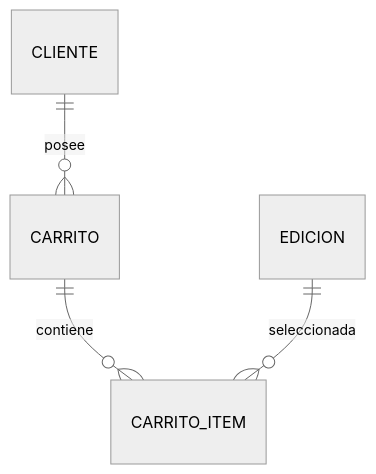
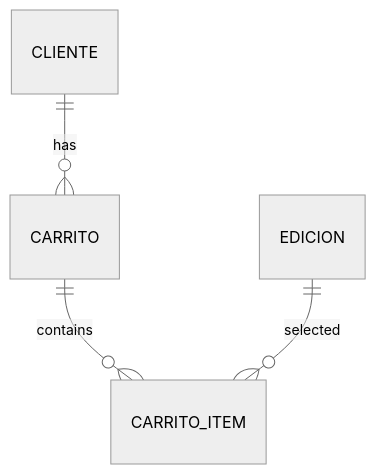
The fifth of 6 diagrams in logical-erd-v1.0.md (andres18113/pliego-muejeje), drawn with Mermaid (neutral theme) before and after one commit. The commit also changed other lines of this file and 6 other files, not shown here.

````diff
--- a/logical-erd-v1.0.md
+++ b/logical-erd-v1.0.md
@@ -1912,6 +1912,6 @@
 ```mermaid
 erDiagram
-    CLIENTE ||--o{ CARRITO : posee
-    CARRITO ||--o{ CARRITO_ITEM : contiene
-    EDICION ||--o{ CARRITO_ITEM : seleccionada
+    CLIENTE ||--o{ CARRITO : has
+    CARRITO ||--o{ CARRITO_ITEM : contains
+    EDICION ||--o{ CARRITO_ITEM : selected
 ```
````
